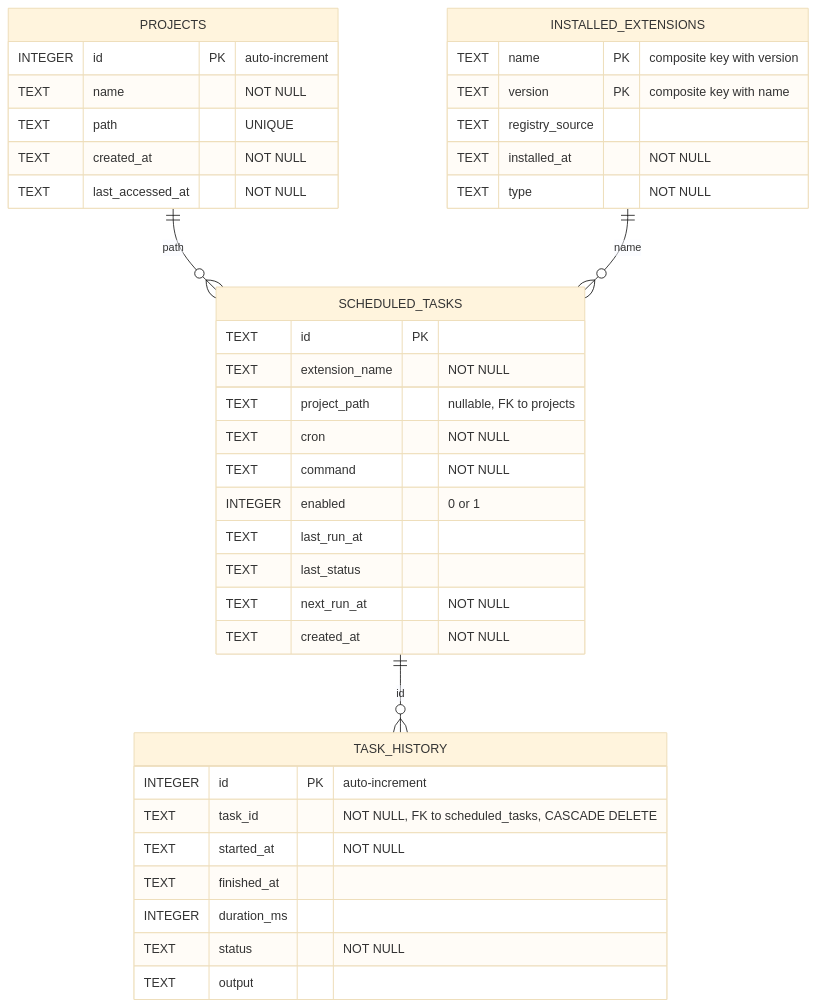
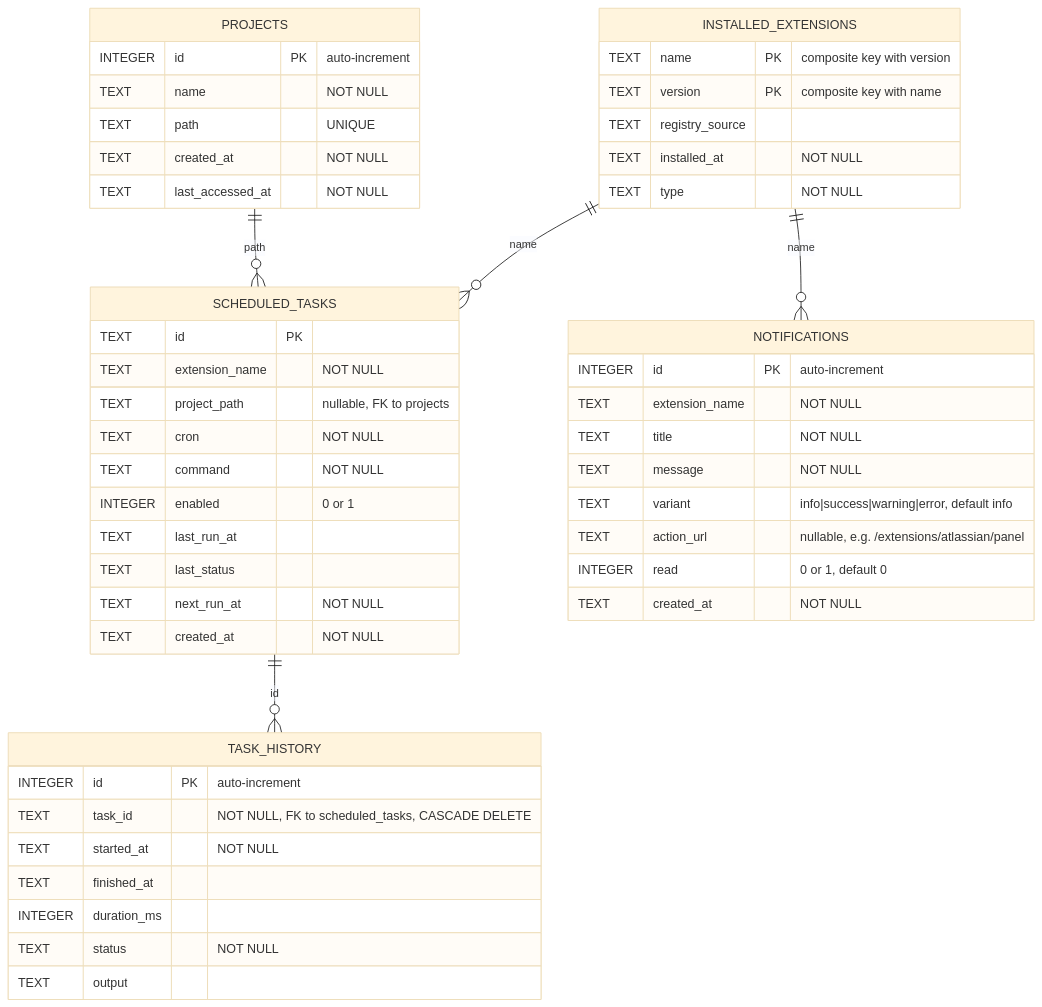
Before and after one commit to eskarlat/rex: the diagram in renre-kit-architecture/diagrams/database-schema.md, drawn with Mermaid (base theme). The commit also changed other lines of this file and 57 other files, not shown here.

````diff
--- a/renre-kit-architecture/diagrams/database-schema.md
+++ b/renre-kit-architecture/diagrams/database-schema.md
@@ -7,45 +7,57 @@
 ```mermaid
 erDiagram
     PROJECTS ||--o{ SCHEDULED_TASKS : "path"
     INSTALLED_EXTENSIONS ||--o{ SCHEDULED_TASKS : "name"
+    INSTALLED_EXTENSIONS ||--o{ NOTIFICATIONS : "name"
     SCHEDULED_TASKS ||--o{ TASK_HISTORY : "id"
 
     PROJECTS {
         INTEGER id PK "auto-increment"
         TEXT name "NOT NULL"
         TEXT path "UNIQUE"
         TEXT created_at "NOT NULL"
         TEXT last_accessed_at "NOT NULL"
     }
 
     INSTALLED_EXTENSIONS {
         TEXT name PK "composite key with version"
         TEXT version PK "composite key with name"
         TEXT registry_source
         TEXT installed_at "NOT NULL"
         TEXT type "NOT NULL"
     }
 
     SCHEDULED_TASKS {
         TEXT id PK
         TEXT extension_name "NOT NULL"
         TEXT project_path "nullable, FK to projects"
         TEXT cron "NOT NULL"
         TEXT command "NOT NULL"
         INTEGER enabled "0 or 1"
         TEXT last_run_at
         TEXT last_status
         TEXT next_run_at "NOT NULL"
         TEXT created_at "NOT NULL"
     }
 
     TASK_HISTORY {
         INTEGER id PK "auto-increment"
         TEXT task_id "NOT NULL, FK to scheduled_tasks, CASCADE DELETE"
         TEXT started_at "NOT NULL"
         TEXT finished_at
         INTEGER duration_ms
         TEXT status "NOT NULL"
         TEXT output
     }
+
+    NOTIFICATIONS {
+        INTEGER id PK "auto-increment"
+        TEXT extension_name "NOT NULL"
+        TEXT title "NOT NULL"
+        TEXT message "NOT NULL"
+        TEXT variant "info|success|warning|error, default info"
+        TEXT action_url "nullable, e.g. /extensions/atlassian/panel"
+        INTEGER read "0 or 1, default 0"
+        TEXT created_at "NOT NULL"
+    }
 ```
````
